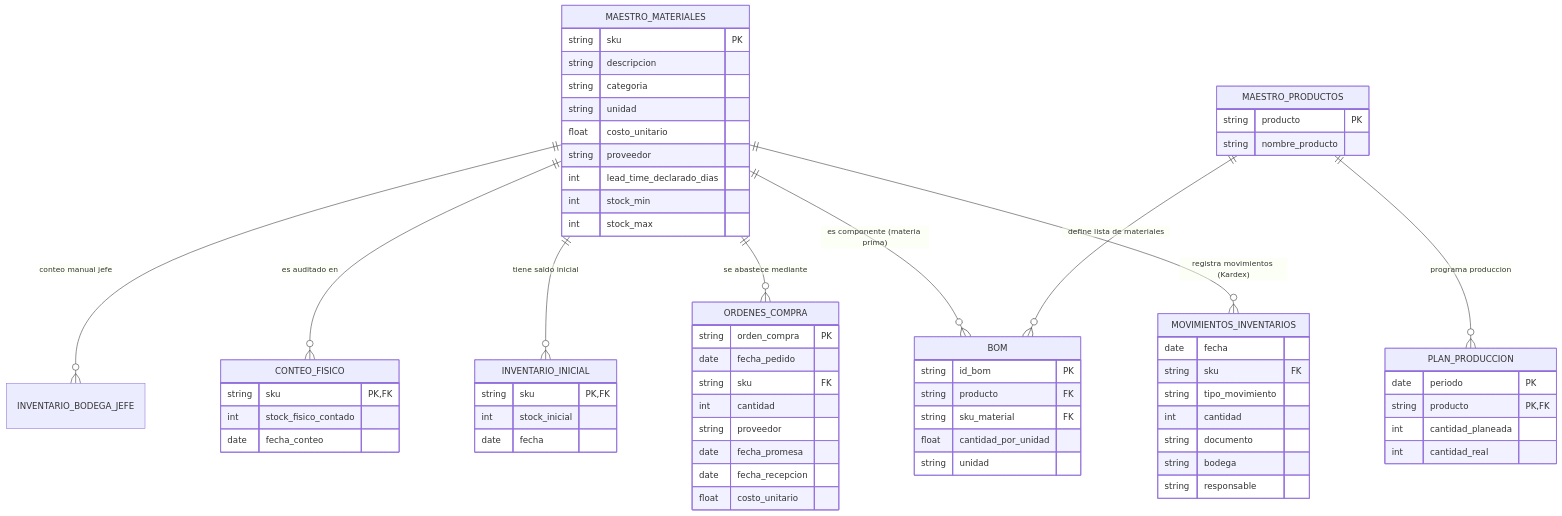
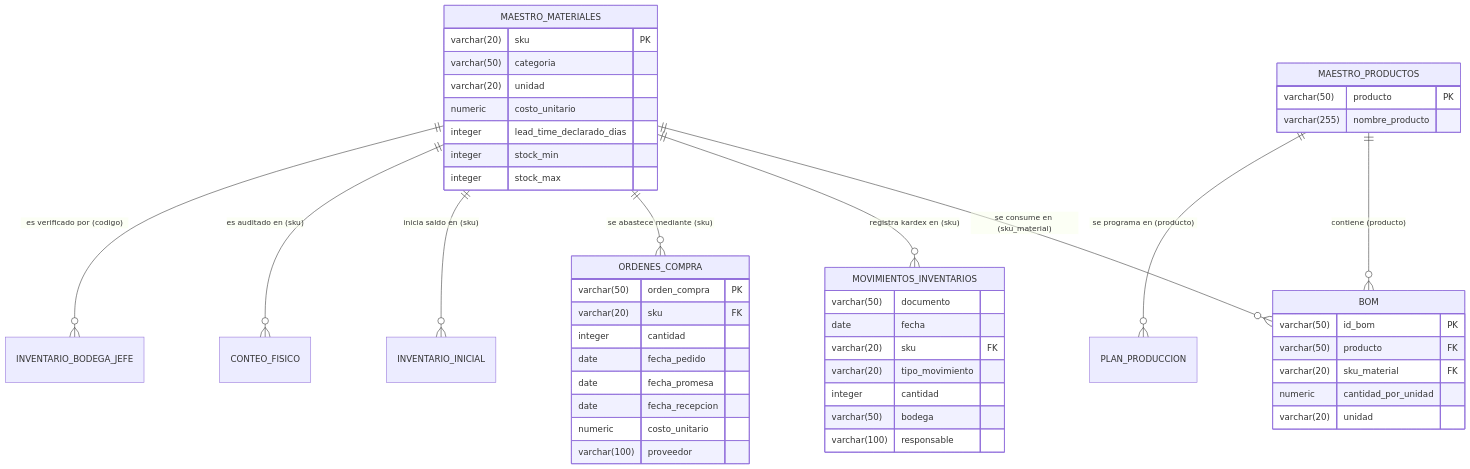
Before and after one commit to juliancarmotrice-star/E2: the second of 2 diagrams in README.md, drawn with Mermaid. The commit also changed other lines of this file and 51 other files, not shown here.

````diff
--- a/README.md
+++ b/README.md
@@ -118,77 +160,55 @@
 ```mermaid
 erDiagram
-    MAESTRO_MATERIALES ||--o{ MOVIMIENTOS_INVENTARIOS : "registra movimientos (Kardex)"
-    MAESTRO_MATERIALES ||--o{ ORDENES_COMPRA : "se abastece mediante"
-    MAESTRO_MATERIALES ||--o{ BOM : "es componente (materia prima)"
-    MAESTRO_MATERIALES ||--o{ INVENTARIO_INICIAL : "tiene saldo inicial"
-    MAESTRO_MATERIALES ||--o{ CONTEO_FISICO : "es auditado en"
-    MAESTRO_MATERIALES ||--o{ INVENTARIO_BODEGA_JEFE : "conteo manual jefe"
-    
-    MAESTRO_PRODUCTOS ||--o{ PLAN_PRODUCCION : "programa produccion"
-    MAESTRO_PRODUCTOS ||--o{ BOM : "define lista de materiales"
-    
-    MAESTRO_PRODUCTOS {
-        string producto PK
-        string nombre_producto
+    MAESTRO_MATERIALES ||--o{ BOM : "se consume en (sku_material)"
+    MAESTRO_PRODUCTOS ||--o{ BOM : "contiene (producto)"
+    MAESTRO_PRODUCTOS ||--o{ PLAN_PRODUCCION : "se programa en (producto)"
+    MAESTRO_MATERIALES ||--o{ MOVIMIENTOS_INVENTARIOS : "registra kardex en (sku)"
+    MAESTRO_MATERIALES ||--o{ ORDENES_COMPRA : "se abastece mediante (sku)"
+    MAESTRO_MATERIALES ||--o{ INVENTARIO_INICIAL : "inicia saldo en (sku)"
+    MAESTRO_MATERIALES ||--o{ CONTEO_FISICO : "es auditado en (sku)"
+    MAESTRO_MATERIALES ||--o{ INVENTARIO_BODEGA_JEFE : "es verificado por (codigo)"
+
+    MAESTRO_MATERIALES {
+        varchar(20) sku PK
+        varchar(50) categoria
+        varchar(20) unidad
+        numeric costo_unitario
+        integer lead_time_declarado_dias
+        integer stock_min
+        integer stock_max
     }
 
-    MAESTRO_MATERIALES {
-        string sku PK
-        string descripcion
-        string categoria
-        string unidad
-        float costo_unitario
-        string proveedor
-        int lead_time_declarado_dias
-        int stock_min
-        int stock_max
+    MAESTRO_PRODUCTOS {
+        varchar(50) producto PK
+        varchar(255) nombre_producto
+    }
+
+    BOM {
+        varchar(50) id_bom PK
+        varchar(50) producto FK
+        varchar(20) sku_material FK
+        numeric cantidad_por_unidad
+        varchar(20) unidad
     }
 
     ORDENES_COMPRA {
-        string orden_compra PK
+        varchar(50) orden_compra PK
+        varchar(20) sku FK
+        integer cantidad
         date fecha_pedido
-        string sku FK
-        int cantidad
-        string proveedor
         date fecha_promesa
         date fecha_recepcion
-        float costo_unitario
+        numeric costo_unitario
+        varchar(100) proveedor
     }
 
     MOVIMIENTOS_INVENTARIOS {
+        varchar(50) documento
         date fecha
-        string sku FK
-        string tipo_movimiento
-        int cantidad
-        string documento
-        string bodega
-        string responsable
-    }
-
-    BOM {
-        string id_bom PK
-        string producto FK
-        string sku_material FK
-        float cantidad_por_unidad
-        string unidad
-    }
-
-    PLAN_PRODUCCION {
-        date periodo PK
-        string producto PK, FK
-        int cantidad_planeada
-        int cantidad_real
-    }
-
-    INVENTARIO_INICIAL {
-        string sku PK, FK
-        int stock_inicial
-        date fecha
-    }
-
-    CONTEO_FISICO {
-        string sku PK, FK
-        int stock_fisico_contado
-        date fecha_conteo
+        varchar(20) sku FK
+        varchar(20) tipo_movimiento
+        integer cantidad
+        varchar(50) bodega
+        varchar(100) responsable
     }
 ```
````
